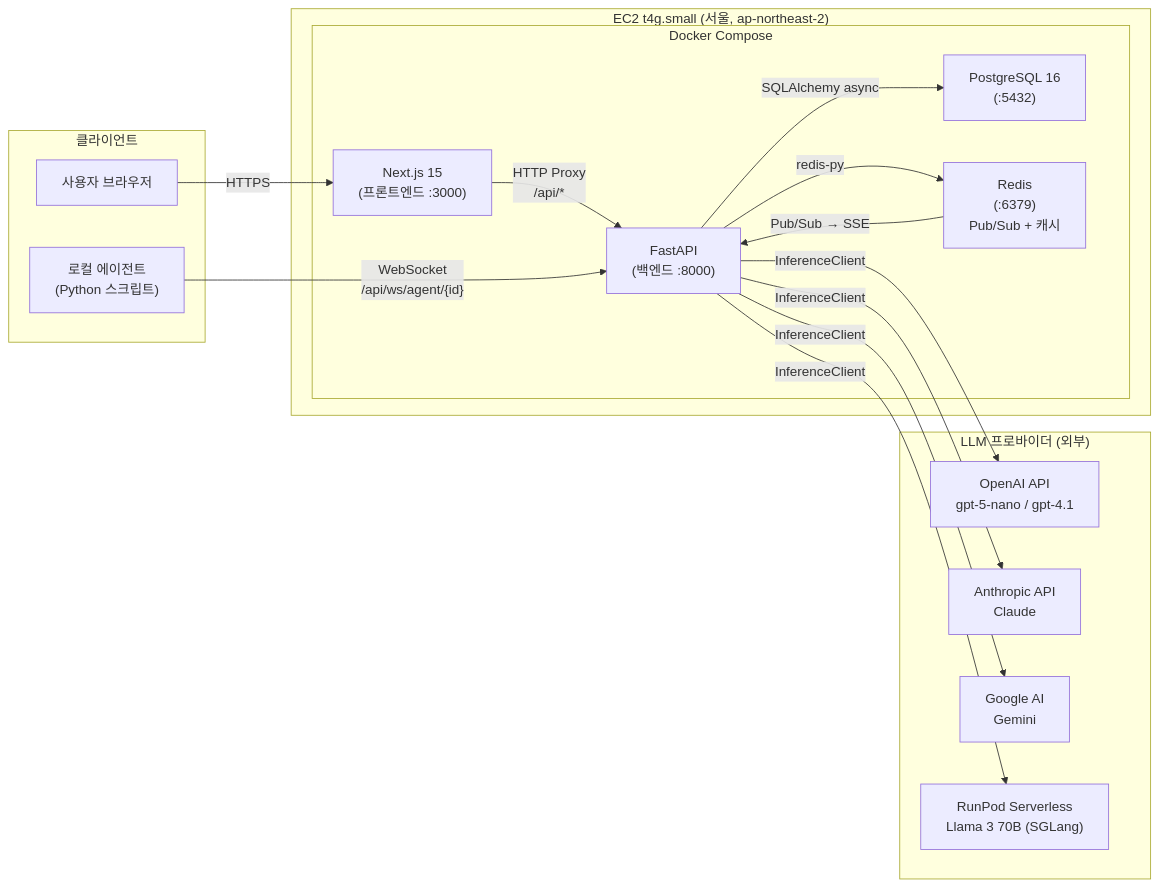
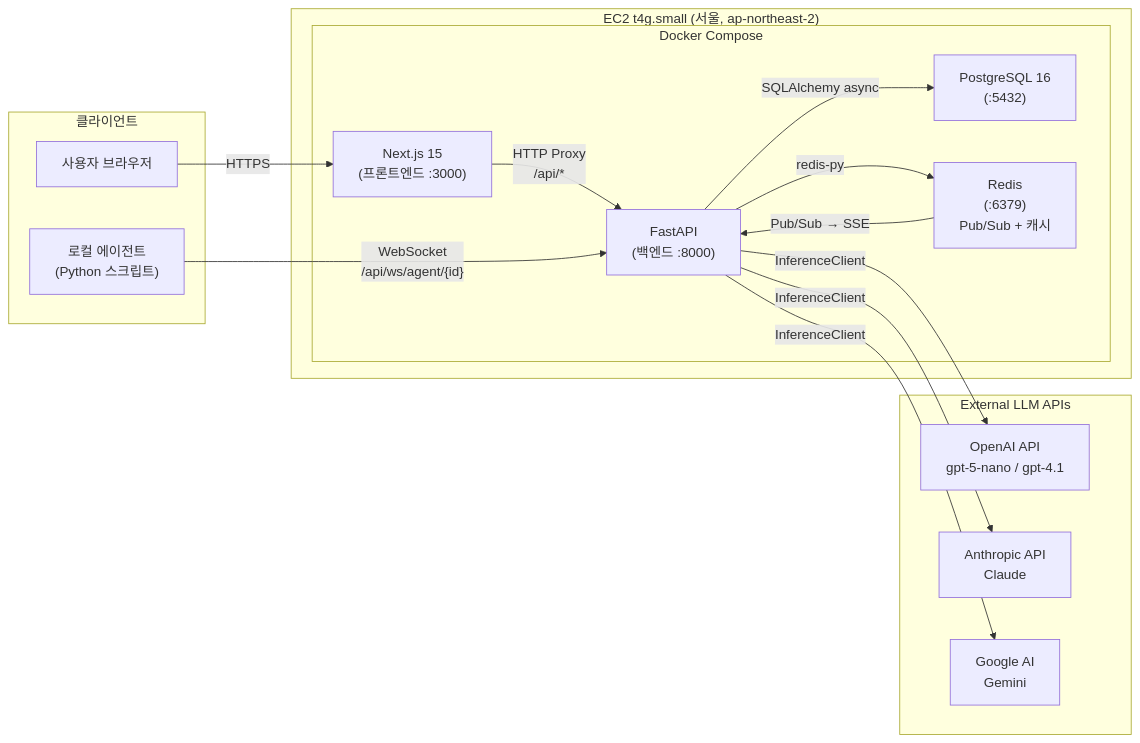
The first of 2 diagrams in docs/architecture/01-system-overview.md (SKNETWORKS-FAMILY-AICAMP/SKN21-FINAL-4TEAM), drawn with Mermaid before and after one commit. The commit also changed other lines of this file and 12 other files, not shown here.

````diff
--- a/docs/architecture/01-system-overview.md
+++ b/docs/architecture/01-system-overview.md
@@ -9,34 +9,32 @@
 ```mermaid
 flowchart LR
     subgraph CLIENT["클라이언트"]
         BROWSER["사용자 브라우저"]
         LOCAL["로컬 에이전트\n(Python 스크립트)"]
     end
 
     subgraph EC2["EC2 t4g.small (서울, ap-northeast-2)"]
         subgraph DOCKER["Docker Compose"]
             NEXT["Next.js 15\n(프론트엔드 :3000)"]
             FAST["FastAPI\n(백엔드 :8000)"]
             PG["PostgreSQL 16\n(:5432)"]
             REDIS["Redis\n(:6379)\nPub/Sub + 캐시"]
         end
     end
 
-    subgraph LLM["LLM 프로바이더 (외부)"]
+    subgraph LLM["External LLM APIs"]
         OPENAI["OpenAI API\ngpt-5-nano / gpt-4.1"]
         ANTHROPIC["Anthropic API\nClaude"]
         GOOGLE["Google AI\nGemini"]
-        RUNPOD["RunPod Serverless\nLlama 3 70B (SGLang)"]
     end
 
     BROWSER -->|"HTTPS"| NEXT
     NEXT -->|"HTTP Proxy\n/api/*"| FAST
     LOCAL -->|"WebSocket\n/api/ws/agent/{id}"| FAST
     FAST -->|"SQLAlchemy async"| PG
     FAST -->|"redis-py"| REDIS
     FAST -->|"InferenceClient"| OPENAI
     FAST -->|"InferenceClient"| ANTHROPIC
     FAST -->|"InferenceClient"| GOOGLE
-    FAST -->|"InferenceClient"| RUNPOD
     REDIS -->|"Pub/Sub → SSE"| FAST
 ```
````
